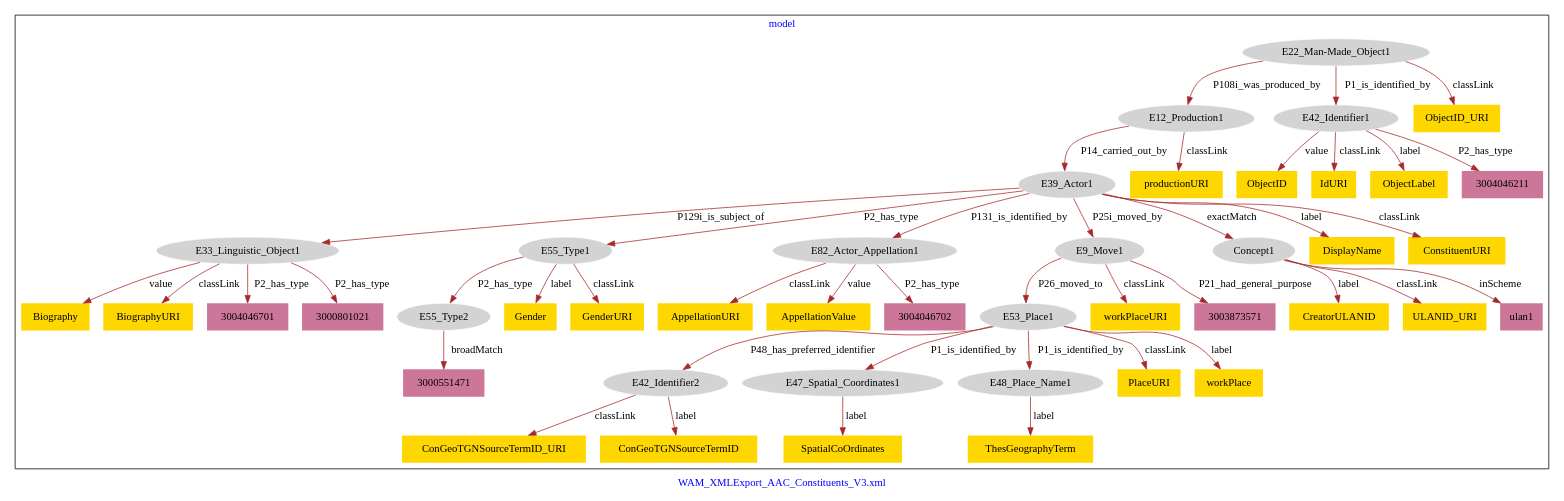
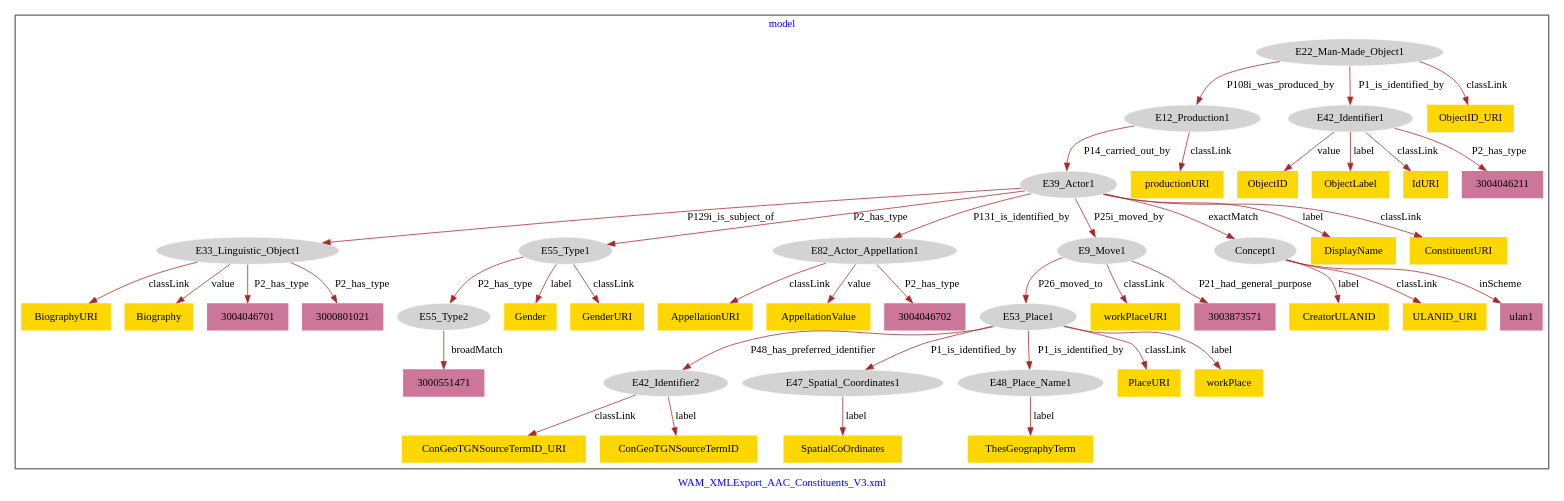
One commit to american-art/wam changed the diagram in WAM_AAC_Constituents/WAM_AAC_Constituents_V3_PlaceOfWork-model.dot. Above: the diagram before and after it, drawn with Graphviz.

Commit message:
Update file WAM_AAC_Constituents_V3_PlaceOfWork-model.dot

```diff
--- a/WAM_AAC_Constituents/WAM_AAC_Constituents_V3_PlaceOfWork-model.dot
+++ b/WAM_AAC_Constituents/WAM_AAC_Constituents_V3_PlaceOfWork-model.dot
@@ -1,93 +1,93 @@
 digraph n0 {
 fontcolor="blue"
 remincross="true"
 label="WAM_XMLExport_AAC_Constituents_V3.xml"
 subgraph cluster {
 label="model"
 n2[style="filled",color="white",fillcolor="lightgray",label="E12_Production1"];
 n3[style="filled",color="white",fillcolor="lightgray",label="E39_Actor1"];
 n4[style="filled",color="white",fillcolor="lightgray",label="E22_Man-Made_Object1"];
 n5[style="filled",color="white",fillcolor="lightgray",label="E42_Identifier1"];
 n6[style="filled",color="white",fillcolor="lightgray",label="E33_Linguistic_Object1"];
 n7[style="filled",color="white",fillcolor="lightgray",label="E55_Type1"];
 n8[style="filled",color="white",fillcolor="lightgray",label="E82_Actor_Appellation1"];
 n9[style="filled",color="white",fillcolor="lightgray",label="E9_Move1"];
 n10[style="filled",color="white",fillcolor="lightgray",label="Concept1"];
 n11[style="filled",color="white",fillcolor="lightgray",label="E53_Place1"];
 n12[style="filled",color="white",fillcolor="lightgray",label="E42_Identifier2"];
 n13[style="filled",color="white",fillcolor="lightgray",label="E47_Spatial_Coordinates1"];
 n14[style="filled",color="white",fillcolor="lightgray",label="E48_Place_Name1"];
 n15[style="filled",color="white",fillcolor="lightgray",label="E55_Type2"];
 n16[shape="plaintext",style="filled",fillcolor="gold",label="Gender"];
-n17[shape="plaintext",style="filled",fillcolor="gold",label="ObjectID"];
-n18[shape="plaintext",style="filled",fillcolor="gold",label="CreatorULANID"];
-n19[shape="plaintext",style="filled",fillcolor="gold",label="IdURI"];
-n20[shape="plaintext",style="filled",fillcolor="gold",label="ObjectLabel"];
-n21[shape="plaintext",style="filled",fillcolor="gold",label="DisplayName"];
-n22[shape="plaintext",style="filled",fillcolor="gold",label="Biography"];
-n23[shape="plaintext",style="filled",fillcolor="gold",label="workPlaceURI"];
-n24[shape="plaintext",style="filled",fillcolor="gold",label="ObjectID_URI"];
-n25[shape="plaintext",style="filled",fillcolor="gold",label="BiographyURI"];
-n26[shape="plaintext",style="filled",fillcolor="gold",label="ConGeoTGNSourceTermID_URI"];
-n27[shape="plaintext",style="filled",fillcolor="gold",label="GenderURI"];
-n28[shape="plaintext",style="filled",fillcolor="gold",label="PlaceURI"];
+n17[shape="plaintext",style="filled",fillcolor="gold",label="GenderURI"];
+n18[shape="plaintext",style="filled",fillcolor="gold",label="ObjectID"];
+n19[shape="plaintext",style="filled",fillcolor="gold",label="BiographyURI"];
+n20[shape="plaintext",style="filled",fillcolor="gold",label="workPlaceURI"];
+n21[shape="plaintext",style="filled",fillcolor="gold",label="CreatorULANID"];
+n22[shape="plaintext",style="filled",fillcolor="gold",label="PlaceURI"];
+n23[shape="plaintext",style="filled",fillcolor="gold",label="productionURI"];
+n24[shape="plaintext",style="filled",fillcolor="gold",label="DisplayName"];
+n25[shape="plaintext",style="filled",fillcolor="gold",label="ConGeoTGNSourceTermID_URI"];
+n26[shape="plaintext",style="filled",fillcolor="gold",label="workPlace"];
+n27[shape="plaintext",style="filled",fillcolor="gold",label="Biography"];
+n28[shape="plaintext",style="filled",fillcolor="gold",label="ULANID_URI"];
 n29[shape="plaintext",style="filled",fillcolor="gold",label="AppellationURI"];
-n30[shape="plaintext",style="filled",fillcolor="gold",label="workPlace"];
-n31[shape="plaintext",style="filled",fillcolor="gold",label="ULANID_URI"];
+n30[shape="plaintext",style="filled",fillcolor="gold",label="ObjectLabel"];
+n31[shape="plaintext",style="filled",fillcolor="gold",label="IdURI"];
 n32[shape="plaintext",style="filled",fillcolor="gold",label="AppellationValue"];
 n33[shape="plaintext",style="filled",fillcolor="gold",label="ThesGeographyTerm"];
 n34[shape="plaintext",style="filled",fillcolor="gold",label="ConGeoTGNSourceTermID"];
 n35[shape="plaintext",style="filled",fillcolor="gold",label="ConstituentURI"];
-n36[shape="plaintext",style="filled",fillcolor="gold",label="productionURI"];
-n37[shape="plaintext",style="filled",fillcolor="gold",label="SpatialCoOrdinates"];
+n36[shape="plaintext",style="filled",fillcolor="gold",label="SpatialCoOrdinates"];
+n37[shape="plaintext",style="filled",fillcolor="gold",label="ObjectID_URI"];
 n38[shape="plaintext",style="filled",fillcolor="#CC7799",label="3003873571"];
 n39[shape="plaintext",style="filled",fillcolor="#CC7799",label="3004046211"];
 n40[shape="plaintext",style="filled",fillcolor="#CC7799",label="ulan1"];
 n41[shape="plaintext",style="filled",fillcolor="#CC7799",label="3000551471"];
 n42[shape="plaintext",style="filled",fillcolor="#CC7799",label="3004046701"];
 n43[shape="plaintext",style="filled",fillcolor="#CC7799",label="3000801021"];
 n44[shape="plaintext",style="filled",fillcolor="#CC7799",label="3004046702"];
 }
 n2 -> n3[color="brown",fontcolor="black",label="P14_carried_out_by"]
 n4 -> n2[color="brown",fontcolor="black",label="P108i_was_produced_by"]
 n4 -> n5[color="brown",fontcolor="black",label="P1_is_identified_by"]
 n3 -> n6[color="brown",fontcolor="black",label="P129i_is_subject_of"]
 n3 -> n7[color="brown",fontcolor="black",label="P2_has_type"]
 n3 -> n8[color="brown",fontcolor="black",label="P131_is_identified_by"]
 n3 -> n9[color="brown",fontcolor="black",label="P25i_moved_by"]
 n3 -> n10[color="brown",fontcolor="black",label="exactMatch"]
 n11 -> n12[color="brown",fontcolor="black",label="P48_has_preferred_identifier"]
 n11 -> n13[color="brown",fontcolor="black",label="P1_is_identified_by"]
 n11 -> n14[color="brown",fontcolor="black",label="P1_is_identified_by"]
 n7 -> n15[color="brown",fontcolor="black",label="P2_has_type"]
 n9 -> n11[color="brown",fontcolor="black",label="P26_moved_to"]
 n7 -> n16[color="brown",fontcolor="black",label="label"]
-n5 -> n17[color="brown",fontcolor="black",label="value"]
-n10 -> n18[color="brown",fontcolor="black",label="label"]
-n5 -> n19[color="brown",fontcolor="black",label="classLink"]
-n5 -> n20[color="brown",fontcolor="black",label="label"]
-n3 -> n21[color="brown",fontcolor="black",label="label"]
-n6 -> n22[color="brown",fontcolor="black",label="value"]
-n9 -> n23[color="brown",fontcolor="black",label="classLink"]
-n4 -> n24[color="brown",fontcolor="black",label="classLink"]
-n6 -> n25[color="brown",fontcolor="black",label="classLink"]
-n12 -> n26[color="brown",fontcolor="black",label="classLink"]
-n7 -> n27[color="brown",fontcolor="black",label="classLink"]
-n11 -> n28[color="brown",fontcolor="black",label="classLink"]
+n7 -> n17[color="brown",fontcolor="black",label="classLink"]
+n5 -> n18[color="brown",fontcolor="black",label="value"]
+n6 -> n19[color="brown",fontcolor="black",label="classLink"]
+n9 -> n20[color="brown",fontcolor="black",label="classLink"]
+n10 -> n21[color="brown",fontcolor="black",label="label"]
+n11 -> n22[color="brown",fontcolor="black",label="classLink"]
+n2 -> n23[color="brown",fontcolor="black",label="classLink"]
+n3 -> n24[color="brown",fontcolor="black",label="label"]
+n12 -> n25[color="brown",fontcolor="black",label="classLink"]
+n11 -> n26[color="brown",fontcolor="black",label="label"]
+n6 -> n27[color="brown",fontcolor="black",label="value"]
+n10 -> n28[color="brown",fontcolor="black",label="classLink"]
 n8 -> n29[color="brown",fontcolor="black",label="classLink"]
-n11 -> n30[color="brown",fontcolor="black",label="label"]
-n10 -> n31[color="brown",fontcolor="black",label="classLink"]
+n5 -> n30[color="brown",fontcolor="black",label="label"]
+n5 -> n31[color="brown",fontcolor="black",label="classLink"]
 n8 -> n32[color="brown",fontcolor="black",label="value"]
 n14 -> n33[color="brown",fontcolor="black",label="label"]
 n12 -> n34[color="brown",fontcolor="black",label="label"]
 n3 -> n35[color="brown",fontcolor="black",label="classLink"]
-n2 -> n36[color="brown",fontcolor="black",label="classLink"]
-n13 -> n37[color="brown",fontcolor="black",label="label"]
+n13 -> n36[color="brown",fontcolor="black",label="label"]
+n4 -> n37[color="brown",fontcolor="black",label="classLink"]
 n9 -> n38[color="brown",fontcolor="black",label="P21_had_general_purpose"]
 n5 -> n39[color="brown",fontcolor="black",label="P2_has_type"]
 n10 -> n40[color="brown",fontcolor="black",label="inScheme"]
 n15 -> n41[color="brown",fontcolor="black",label="broadMatch"]
 n6 -> n42[color="brown",fontcolor="black",label="P2_has_type"]
 n6 -> n43[color="brown",fontcolor="black",label="P2_has_type"]
 n8 -> n44[color="brown",fontcolor="black",label="P2_has_type"]
 }
```
